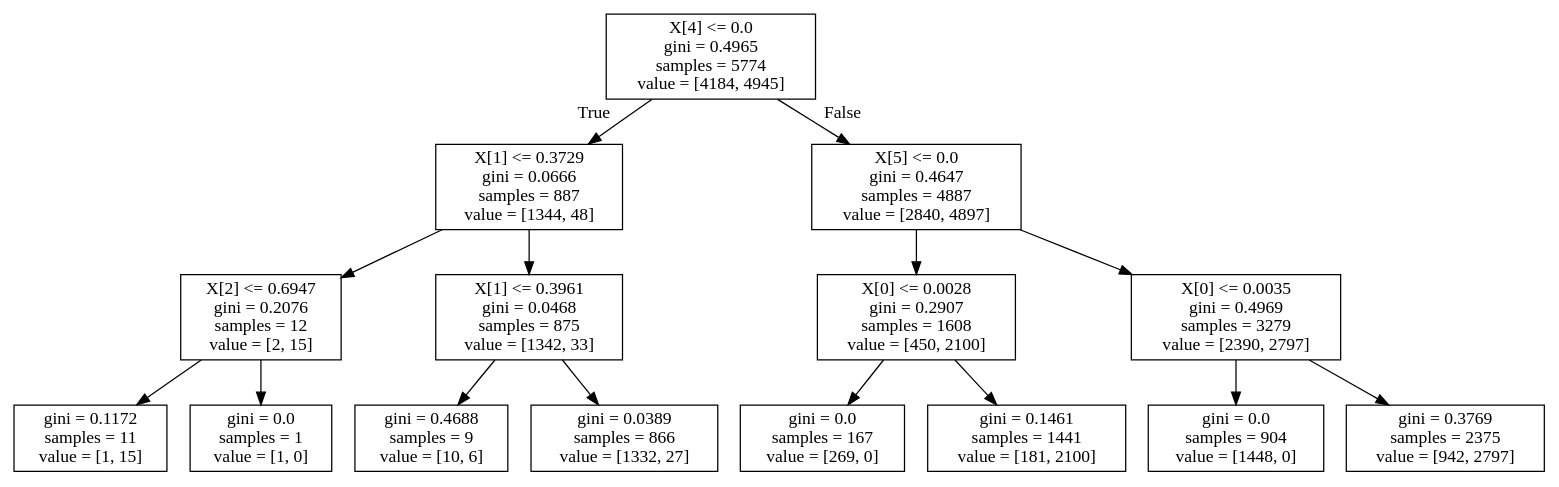
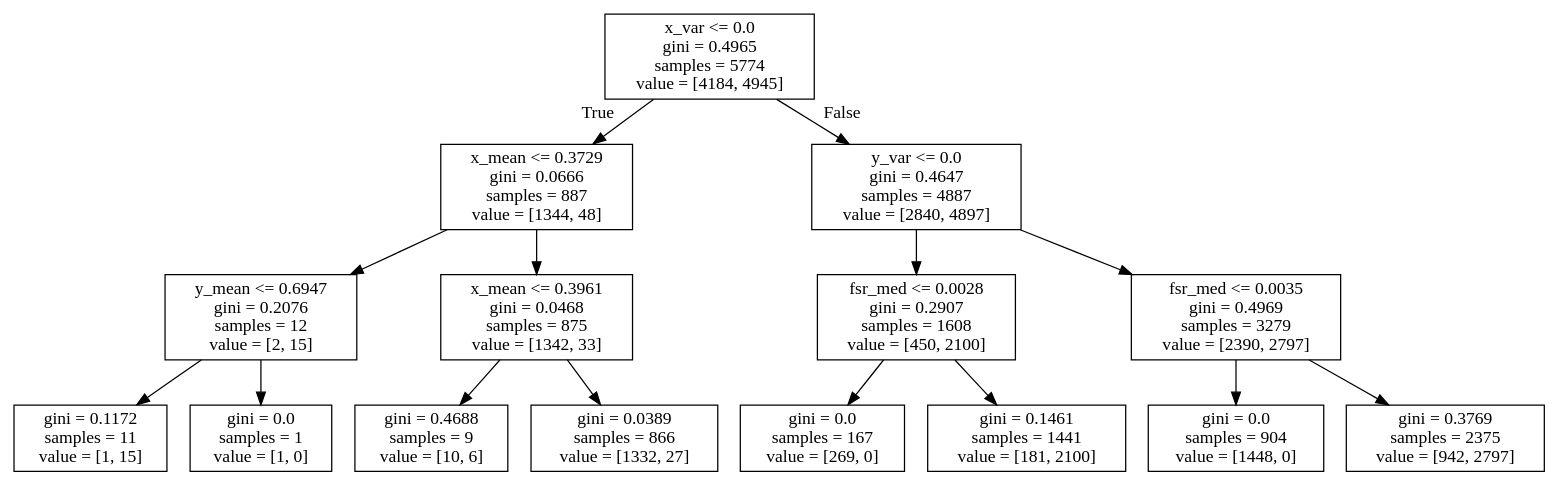
The diagram in dip/random_forest_renders/tree_6.dot (dannygosain1/goyo), drawn with Graphviz before and after one commit. The commit also changed 9 other files, not shown here.

```diff
--- a/dip/random_forest_renders/tree_6.dot
+++ b/dip/random_forest_renders/tree_6.dot
@@ -1,32 +1,32 @@
 digraph Tree {
 node [shape=box] ;
-0 [label="X[4] <= 0.0\ngini = 0.4965\nsamples = 5774\nvalue = [4184, 4945]"] ;
-1 [label="X[1] <= 0.3729\ngini = 0.0666\nsamples = 887\nvalue = [1344, 48]"] ;
+0 [label="x_var <= 0.0\ngini = 0.4965\nsamples = 5774\nvalue = [4184, 4945]"] ;
+1 [label="x_mean <= 0.3729\ngini = 0.0666\nsamples = 887\nvalue = [1344, 48]"] ;
 0 -> 1 [labeldistance=2.5, labelangle=45, headlabel="True"] ;
-2 [label="X[2] <= 0.6947\ngini = 0.2076\nsamples = 12\nvalue = [2, 15]"] ;
+2 [label="y_mean <= 0.6947\ngini = 0.2076\nsamples = 12\nvalue = [2, 15]"] ;
 1 -> 2 ;
 3 [label="gini = 0.1172\nsamples = 11\nvalue = [1, 15]"] ;
 2 -> 3 ;
 4 [label="gini = 0.0\nsamples = 1\nvalue = [1, 0]"] ;
 2 -> 4 ;
-5 [label="X[1] <= 0.3961\ngini = 0.0468\nsamples = 875\nvalue = [1342, 33]"] ;
+5 [label="x_mean <= 0.3961\ngini = 0.0468\nsamples = 875\nvalue = [1342, 33]"] ;
 1 -> 5 ;
 6 [label="gini = 0.4688\nsamples = 9\nvalue = [10, 6]"] ;
 5 -> 6 ;
 7 [label="gini = 0.0389\nsamples = 866\nvalue = [1332, 27]"] ;
 5 -> 7 ;
-8 [label="X[5] <= 0.0\ngini = 0.4647\nsamples = 4887\nvalue = [2840, 4897]"] ;
+8 [label="y_var <= 0.0\ngini = 0.4647\nsamples = 4887\nvalue = [2840, 4897]"] ;
 0 -> 8 [labeldistance=2.5, labelangle=-45, headlabel="False"] ;
-9 [label="X[0] <= 0.0028\ngini = 0.2907\nsamples = 1608\nvalue = [450, 2100]"] ;
+9 [label="fsr_med <= 0.0028\ngini = 0.2907\nsamples = 1608\nvalue = [450, 2100]"] ;
 8 -> 9 ;
 10 [label="gini = 0.0\nsamples = 167\nvalue = [269, 0]"] ;
 9 -> 10 ;
 11 [label="gini = 0.1461\nsamples = 1441\nvalue = [181, 2100]"] ;
 9 -> 11 ;
-12 [label="X[0] <= 0.0035\ngini = 0.4969\nsamples = 3279\nvalue = [2390, 2797]"] ;
+12 [label="fsr_med <= 0.0035\ngini = 0.4969\nsamples = 3279\nvalue = [2390, 2797]"] ;
 8 -> 12 ;
 13 [label="gini = 0.0\nsamples = 904\nvalue = [1448, 0]"] ;
 12 -> 13 ;
 14 [label="gini = 0.3769\nsamples = 2375\nvalue = [942, 2797]"] ;
 12 -> 14 ;
 }
```
